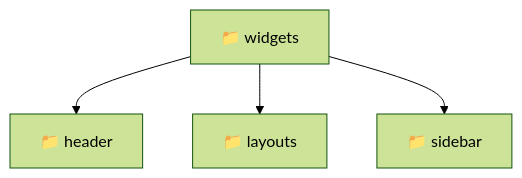
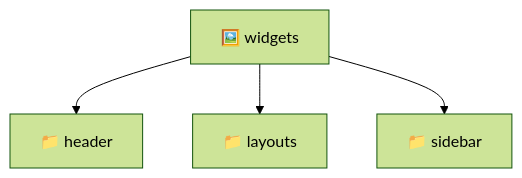
Before and after one commit to beginwebdev2002/fullstack-mavluda: the diagram in frontend/src/widgets/README.md, drawn with Mermaid (forest theme). The commit also changed other lines of this file and 163 other files, not shown here.

````diff
--- a/frontend/src/widgets/README.md
+++ b/frontend/src/widgets/README.md
@@ -11,7 +10,7 @@
 ```mermaid
 graph TD
-  widgets[📁 widgets]
-  widgets --> widgets_header[📁 header]
-  widgets --> widgets_layouts[📁 layouts]
-  widgets --> widgets_sidebar[📁 sidebar]
+  Root["🖼️ widgets"]
+  Root --> header["📁 header"]
+  Root --> layouts["📁 layouts"]
+  Root --> sidebar["📁 sidebar"]
 ```
````
